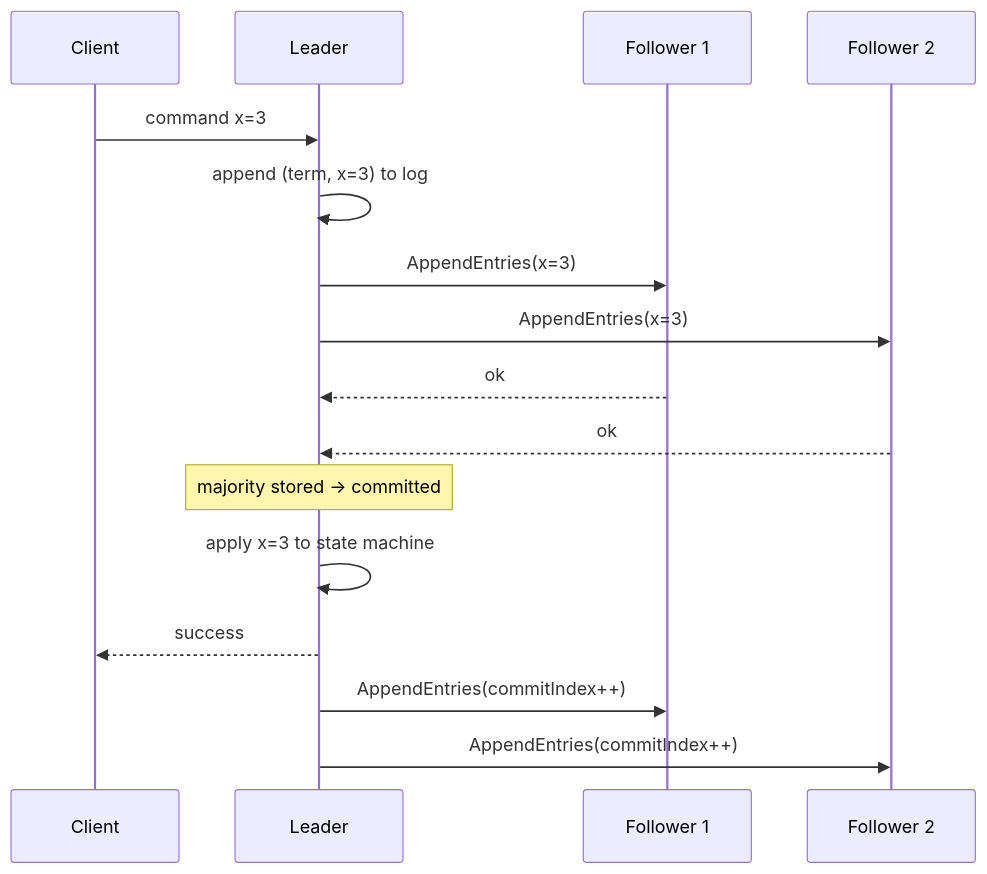
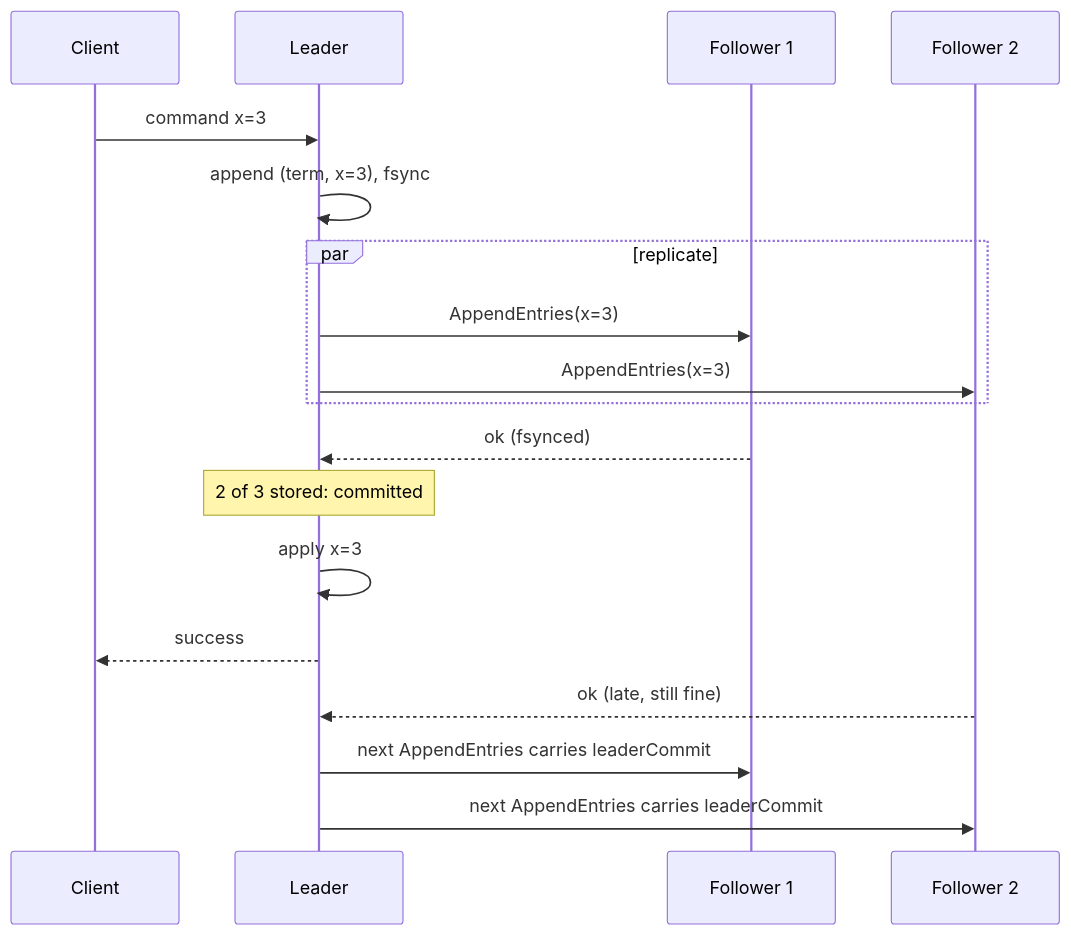
The fifth of 7 diagrams in github-pages/docs/distributed-systems/consensus-and-coordination.md (AndrewAltimit/Documentation), drawn with Mermaid before and after one commit. The commit also changed other lines of this file and 240 other files, not shown here.

````diff
--- a/github-pages/docs/distributed-systems/consensus-and-coordination.md
+++ b/github-pages/docs/distributed-systems/consensus-and-coordination.md
@@ -273,18 +269,20 @@
 ```mermaid
 sequenceDiagram
     participant C as Client
     participant L as Leader
     participant F1 as Follower 1
     participant F2 as Follower 2
     C->>L: command x=3
-    L->>L: append (term, x=3) to log
-    L->>F1: AppendEntries(x=3)
-    L->>F2: AppendEntries(x=3)
-    F1-->>L: ok
-    F2-->>L: ok
-    Note over L: majority stored → committed
-    L->>L: apply x=3 to state machine
+    L->>L: append (term, x=3), fsync
+    par replicate
+        L->>F1: AppendEntries(x=3)
+        L->>F2: AppendEntries(x=3)
+    end
+    F1-->>L: ok (fsynced)
+    Note over L: 2 of 3 stored: committed
+    L->>L: apply x=3
     L-->>C: success
-    L->>F1: AppendEntries(commitIndex++)
-    L->>F2: AppendEntries(commitIndex++)
+    F2-->>L: ok (late, still fine)
+    L->>F1: next AppendEntries carries leaderCommit
+    L->>F2: next AppendEntries carries leaderCommit
 ```
````
